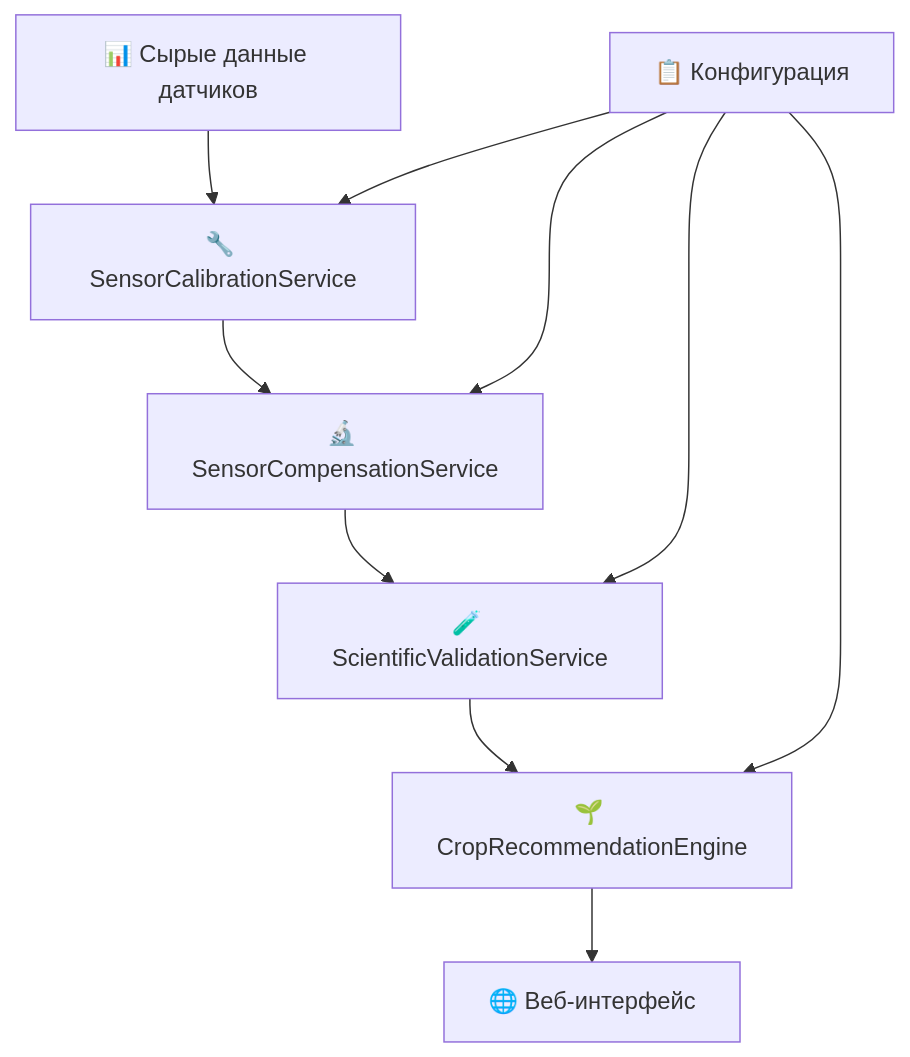
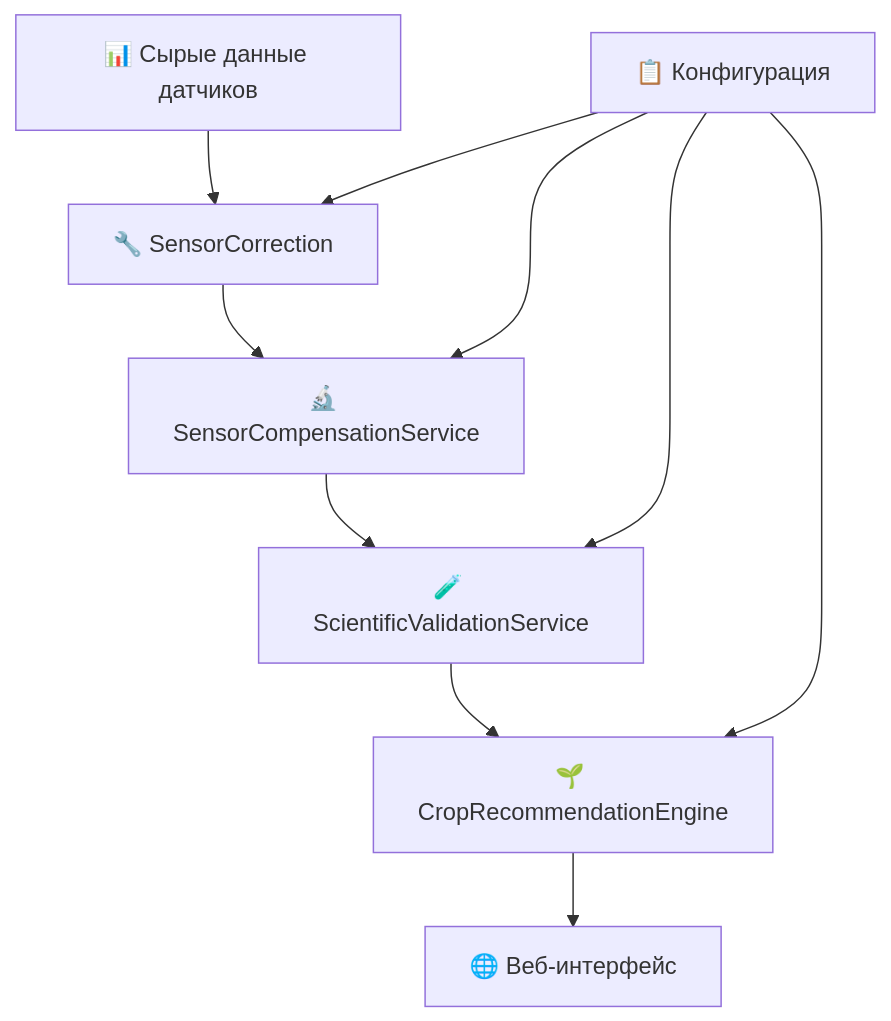
The diagram in docs/manuals/COMPENSATION_GUIDE.md (szf2020/soil-sensor-7in1), drawn with Mermaid before and after one commit. The commit also changed other lines of this file and 14 other files, not shown here.

````diff
--- a/docs/manuals/COMPENSATION_GUIDE.md
+++ b/docs/manuals/COMPENSATION_GUIDE.md
@@ -91,13 +91,13 @@
 ```mermaid
 graph TD
-    A[📊 Сырые данные датчиков] --> B[🔧 SensorCalibrationService]
+    A[📊 Сырые данные датчиков] --> B[🔧 SensorCorrection]
     B --> C[🔬 SensorCompensationService]
     C --> D[🧪 ScientificValidationService]
     D --> E[🌱 CropRecommendationEngine]
     E --> F[🌐 Веб-интерфейс]
 
     G[📋 Конфигурация] --> B
     G --> C
     G --> D
     G --> E
 ```
````
